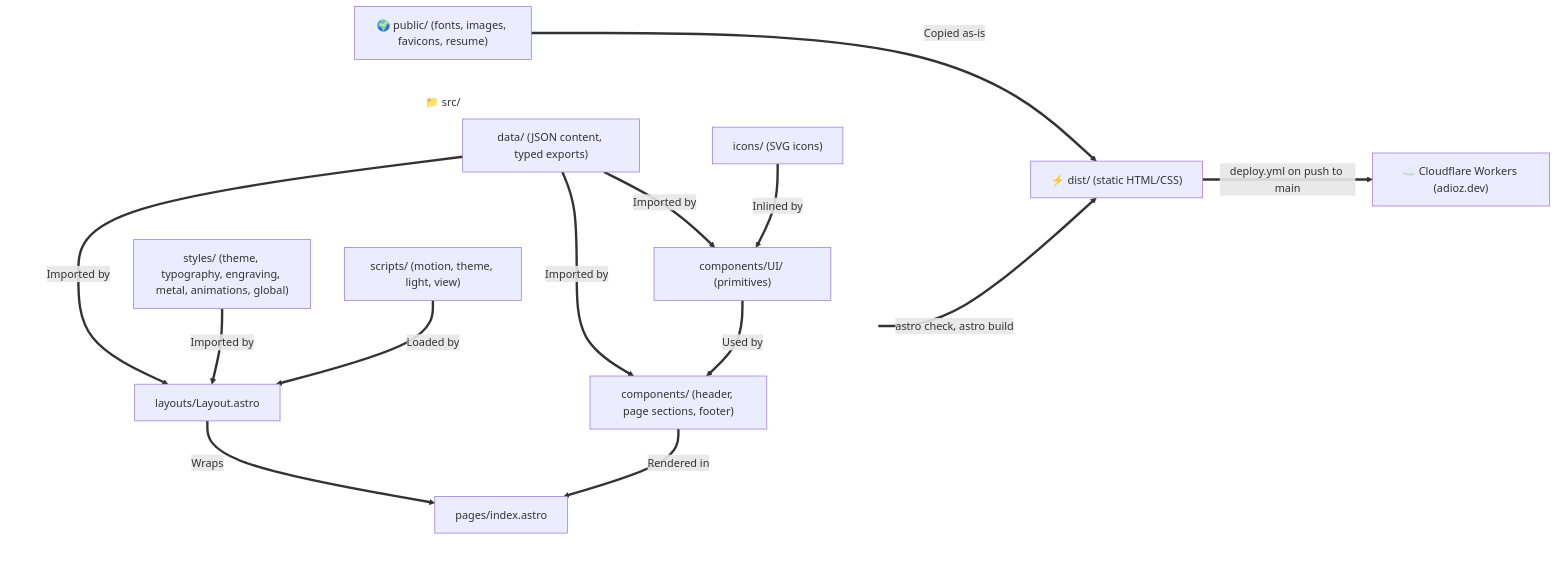
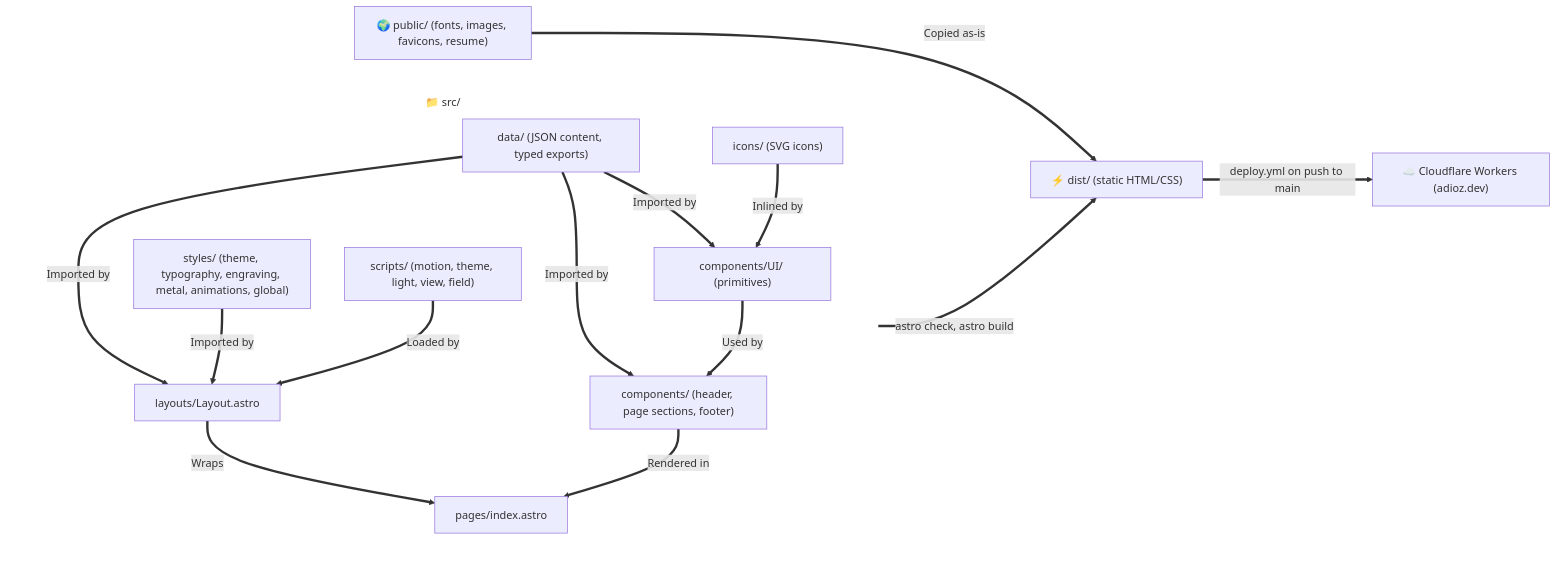
One commit to adiozeshitemi/adioz-profile changed the diagram in docs/architecture.md. Above: the diagram before and after it, drawn with Mermaid. The commit also changed other lines of this file and 8 other files, not shown here.

````diff
--- a/docs/architecture.md
+++ b/docs/architecture.md
@@ -9,33 +9,33 @@
 ```mermaid
 flowchart LR
     %% Define invisible styling for subgraphs to remove backgrounds and borders
     classDef transparent fill:none,stroke:none;
 
     subgraph Src ["📁 src/"]
         direction TB
         Data["data/ (JSON content, typed exports)"]
         Styles["styles/ (theme, typography, engraving, metal, animations, global)"]
-        Scripts["scripts/ (motion, theme, light, view)"]
+        Scripts["scripts/ (motion, theme, light, view, field)"]
         Icons["icons/ (SVG icons)"]
         UI["components/UI/ (primitives)"]
         Sections["components/ (header, page sections, footer)"]
         Layout["layouts/Layout.astro"]
         Page["pages/index.astro"]
     end
 
     Icons ==>|Inlined by| UI
     Data ==>|Imported by| UI
     Data ==>|Imported by| Sections
     UI ==>|Used by| Sections
     Data ==>|Imported by| Layout
     Styles ==>|Imported by| Layout
     Scripts ==>|Loaded by| Layout
     Sections ==>|Rendered in| Page
     Layout ==>|Wraps| Page
     Page ==>|astro check, astro build| Dist["⚡ dist/ (static HTML/CSS)"]
     Public["🌍 public/ (fonts, images, favicons, resume)"] ==>|Copied as-is| Dist
     Dist ==>|deploy.yml on push to main| Workers["☁️ Cloudflare Workers (adioz.dev)"]
 
     %% Apply transparent class to subgraphs
     class Src transparent;
 ```
````
